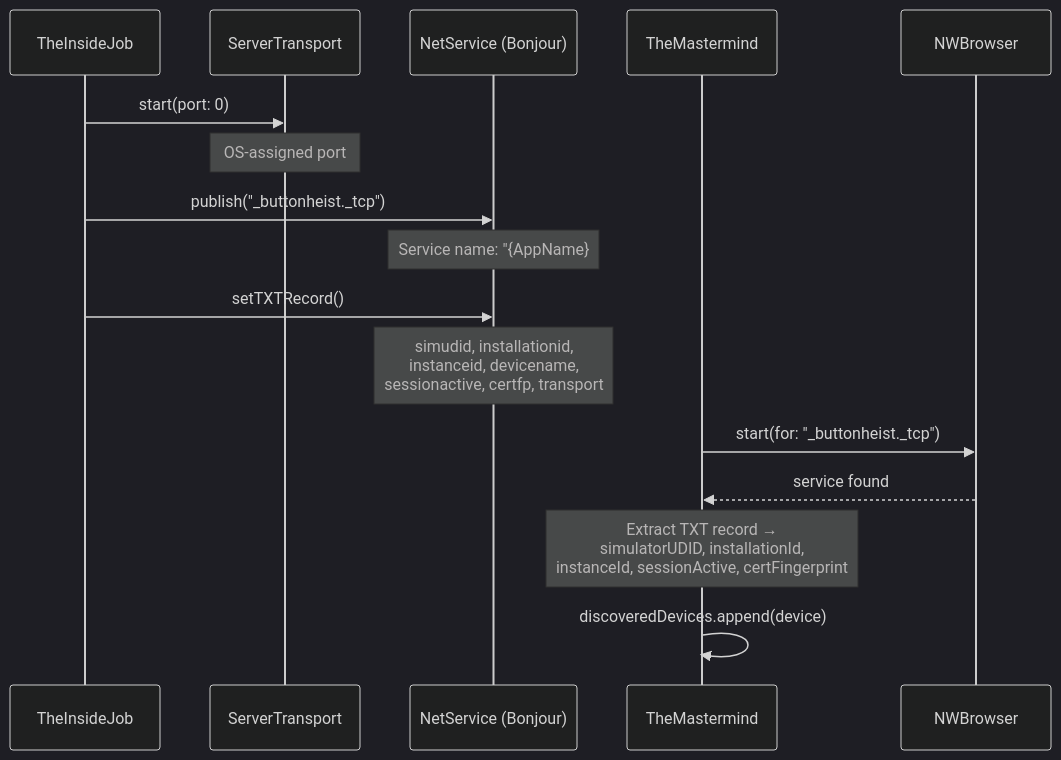
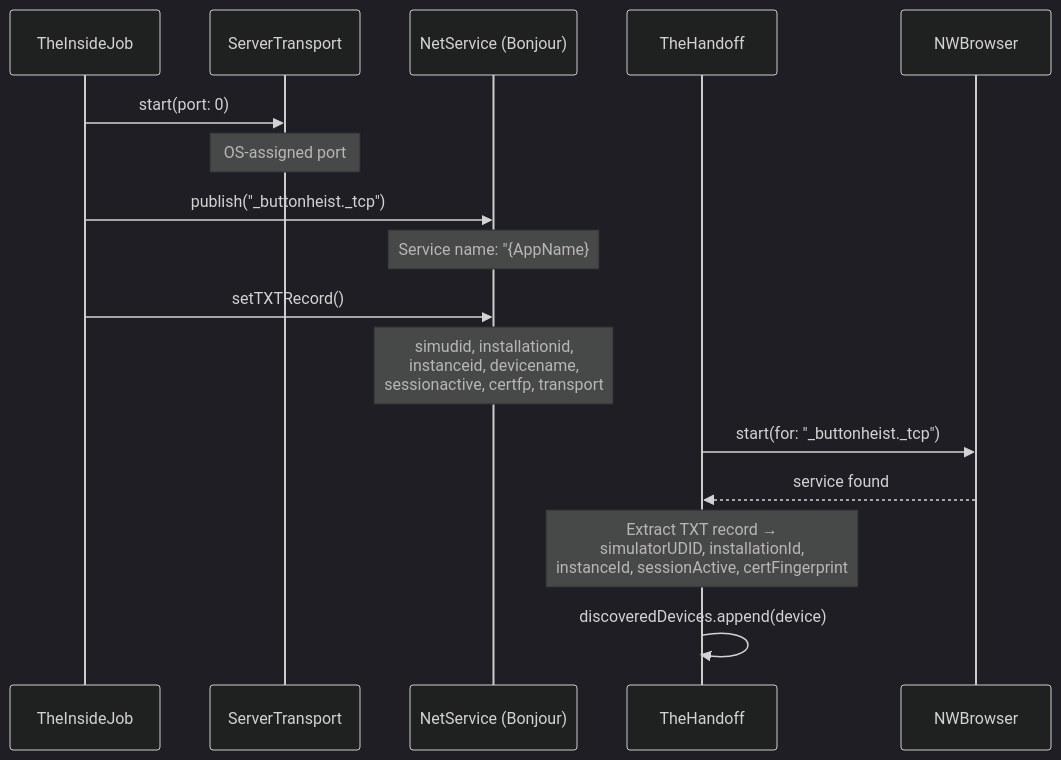
One commit to RoyalPineapple/TheButtonHeist changed the fifth of 10 diagrams in docs/ARCHITECTURE.md. Above: the diagram before and after it, drawn with Mermaid (dark theme). The commit also changed other lines of this file and 41 other files, not shown here.

First line of the commit message:
Remove TheMastermind — TheFence talks to TheHandoff directly (#153)

````diff
--- a/docs/ARCHITECTURE.md
+++ b/docs/ARCHITECTURE.md
@@ -434,20 +428,20 @@
 ```mermaid
 sequenceDiagram
     participant IJ as TheInsideJob
     participant SS as ServerTransport
     participant NS as NetService (Bonjour)
-    participant HC as TheMastermind
+    participant HC as TheHandoff
     participant NB as NWBrowser
 
     IJ->>SS: start(port: 0)
     Note over SS: OS-assigned port
     IJ->>NS: publish("_buttonheist._tcp")
     Note over NS: Service name: "{AppName}#{instanceId}"<br>instanceId = INSIDEJOB_ID or UUID prefix
     IJ->>NS: setTXTRecord()
     Note over NS: simudid, installationid,<br>instanceid, devicename,<br>sessionactive, certfp, transport
 
     HC->>NB: start(for: "_buttonheist._tcp")
     NB-->>HC: service found
     Note over HC: Extract TXT record →<br>simulatorUDID, installationId,<br>instanceId, sessionActive, certFingerprint
     HC->>HC: discoveredDevices.append(device)
 ```
````
